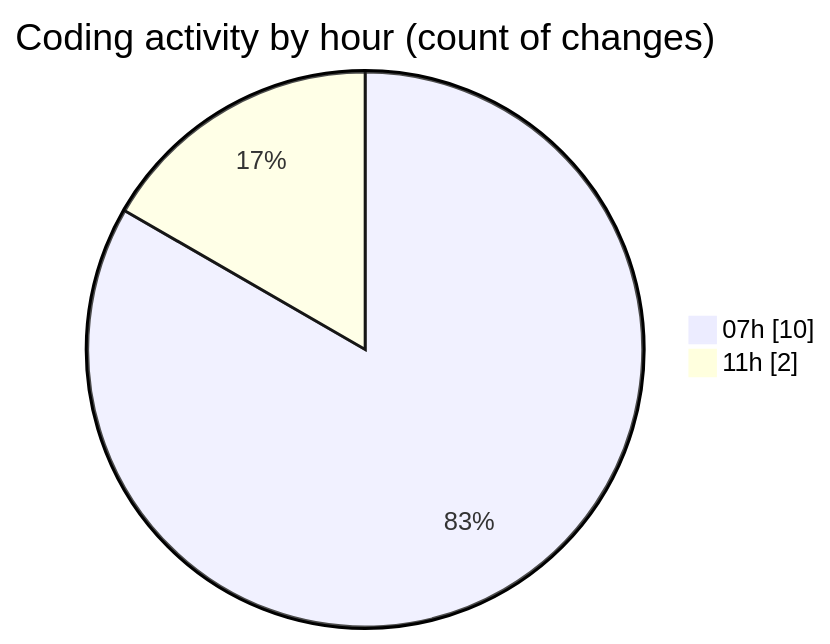
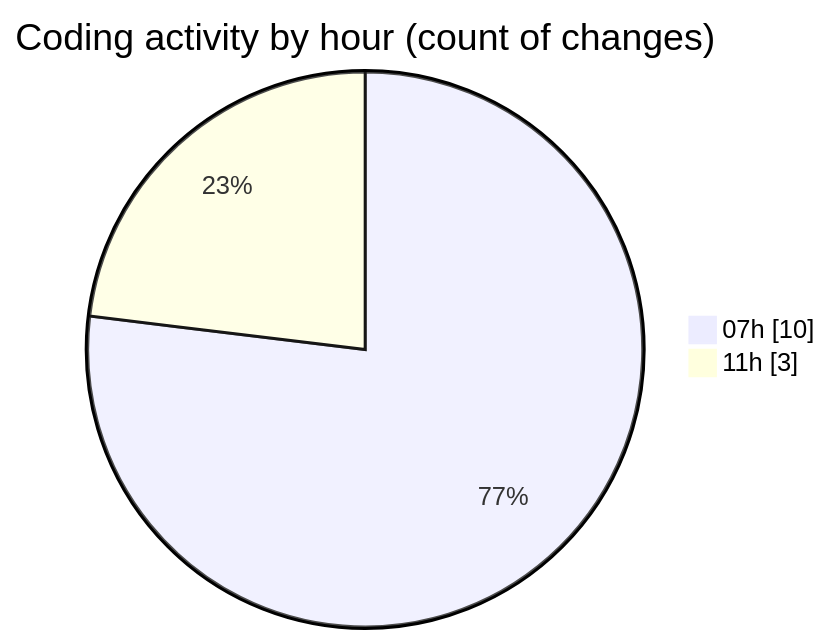
Before and after one commit to FelipKnott/code-tracking: the second of 2 diagrams in 2025-07-12/cursor/README.md, drawn with Mermaid. The commit also changed other lines of this file and 1 other file, not shown here.

````diff
--- a/2025-07-12/cursor/README.md
+++ b/2025-07-12/cursor/README.md
@@ -32,6 +32,6 @@
 ```mermaid
 pie showData
 title Coding activity by hour (count of changes)
 "07h" : 10
-"11h" : 2
+"11h" : 3
 ```
````
